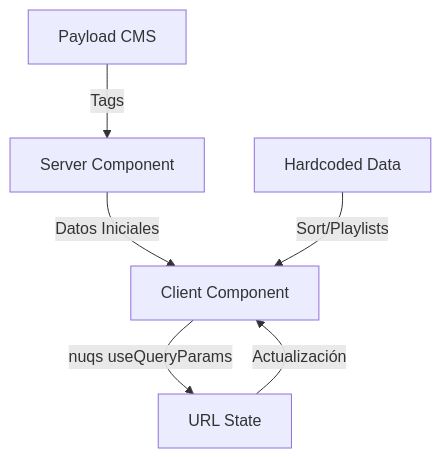
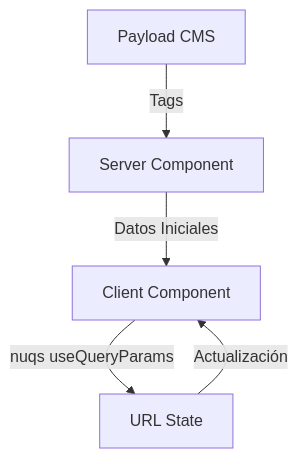
One commit to Fiser12/Escohotado-Web changed the diagram in .cursor/features/search-params-implementation.md. Above: the diagram before and after it, drawn with Mermaid. The commit also changed other lines of this file, not shown here.

````diff
--- a/.cursor/features/search-params-implementation.md
+++ b/.cursor/features/search-params-implementation.md
@@ -23,8 +23,7 @@
 ```mermaid
 graph TD
     A[Server Component] -->|Datos Iniciales| B[Client Component]
     B -->|nuqs useQueryParams| C[URL State]
     C -->|Actualización| B
     D[Payload CMS] -->|Tags| A
-    E[Hardcoded Data] -->|Sort/Playlists| B
 ```
````
